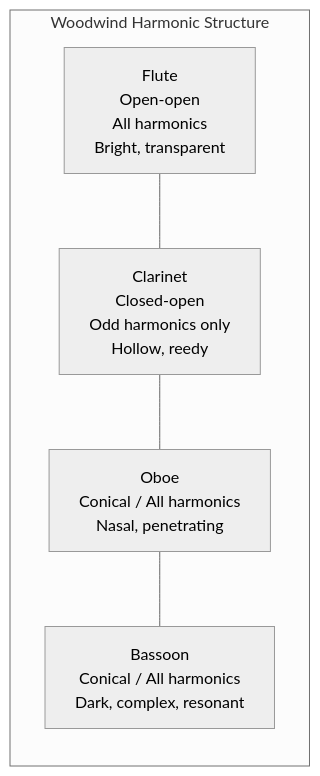
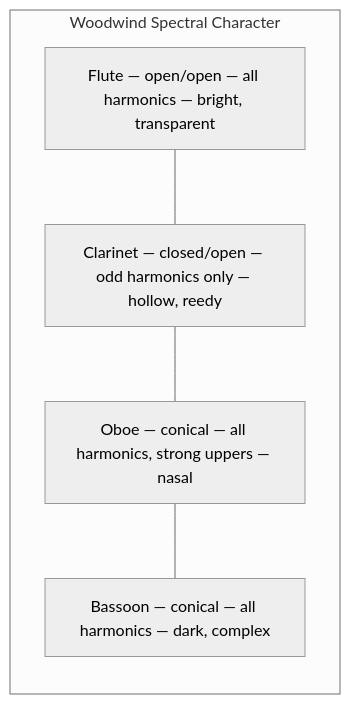
One commit to blebleblee/synapse changed the fourth of 8 diagrams in topics/arts/composition/orchestration/lesson_03_instrument_specific_techniques.md. Above: the diagram before and after it, drawn with Mermaid (neutral theme). The commit also changed other lines of this file and 4 other files, not shown here.

````diff
--- a/topics/arts/composition/orchestration/lesson_03_instrument_specific_techniques.md
+++ b/topics/arts/composition/orchestration/lesson_03_instrument_specific_techniques.md
@@ -213,13 +289,10 @@
 ```mermaid
 graph LR
-    subgraph sub_woodwind_harmonic_structure ["Woodwind Harmonic Structure"]
-        Fl["Flute\nOpen-open\nAll harmonics\nBright, transparent"]
-        Cl["Clarinet\nClosed-open\nOdd harmonics only\nHollow, reedy"]
-        Ob["Oboe\nConical / All harmonics\nNasal, penetrating"]
-        Bn["Bassoon\nConical / All harmonics\nDark, complex, resonant"]
+    subgraph sub_woodwind_harmonic ["Woodwind Spectral Character"]
+        Fl["Flute — open/open — all harmonics — bright, transparent"]
+        Cl["Clarinet — closed/open — odd harmonics only — hollow, reedy"]
+        Ob["Oboe — conical — all harmonics, strong uppers — nasal"]
+        Bn["Bassoon — conical — all harmonics — dark, complex"]
     end
-
-    Fl --- Cl
-    Cl --- Ob
-    Ob --- Bn
+    Fl --- Cl --- Ob --- Bn
 ```
````
